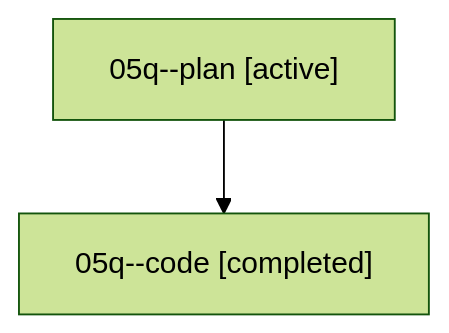
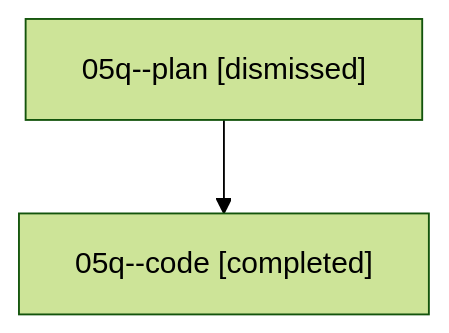
The diagram in sessions/bbugyi200.athena.05q.md (sase-org/sase--agents), drawn with Mermaid (forest theme) before and after one commit. The commit also changed other lines of this file and 31 other files, not shown here.

````diff
--- a/sessions/bbugyi200.athena.05q.md
+++ b/sessions/bbugyi200.athena.05q.md
@@ -9,6 +9,6 @@
 ```mermaid
 flowchart TD
-  n0["05q--plan [active]"]
+  n0["05q--plan [dismissed]"]
   n1["05q--code [completed]"]
   n0 --> n1
 ```
````
